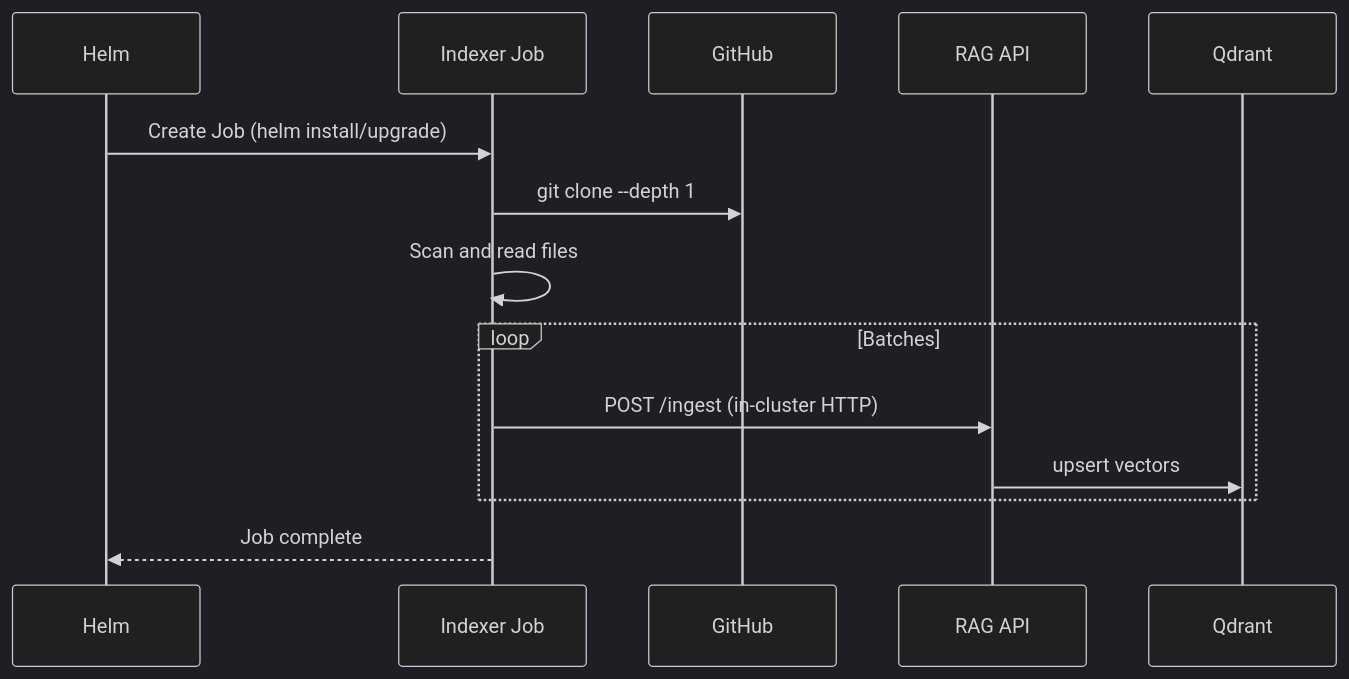
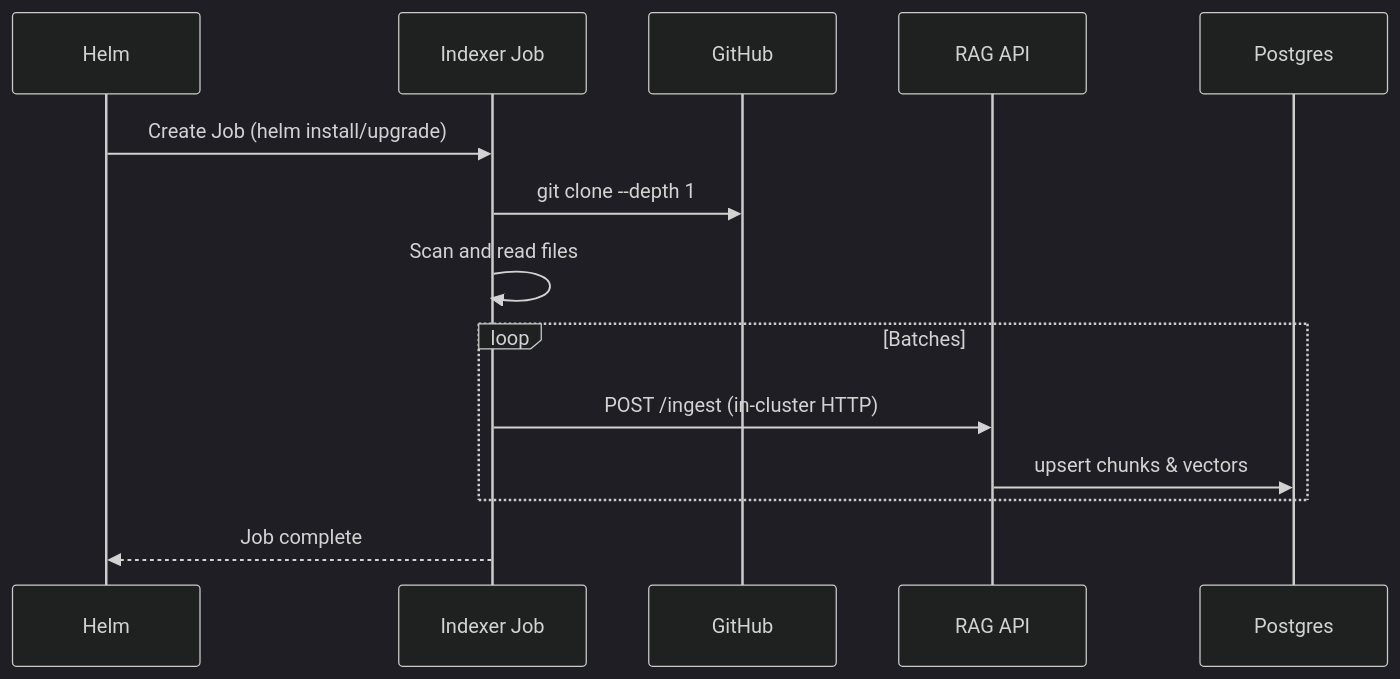
Before and after one commit to mfittko/RAGed: the diagram in docs/07-indexing-in-cluster.md, drawn with Mermaid (dark theme). The commit also changed other lines of this file and 1 other file, not shown here.

Commit message:
docs: replace Qdrant/Neo4j/Redis with Postgres architecture
Update vision and indexing docs to reflect current Postgres-based
architecture using pgvector for embeddings, native tables for entities
and relationships, and Postgres for task queues.

````diff
--- a/docs/07-indexing-in-cluster.md
+++ b/docs/07-indexing-in-cluster.md
@@ -7,17 +7,17 @@
 ```mermaid
 sequenceDiagram
     participant H as Helm
     participant J as Indexer Job
     participant G as GitHub
     participant A as RAG API
-    participant Q as Qdrant
+    participant P as Postgres
 
     H->>J: Create Job (helm install/upgrade)
     J->>G: git clone --depth 1
     J->>J: Scan and read files
     loop Batches
         J->>A: POST /ingest (in-cluster HTTP)
-        A->>Q: upsert vectors
+        A->>P: upsert chunks & vectors
     end
     J-->>H: Job complete
 ```
````
